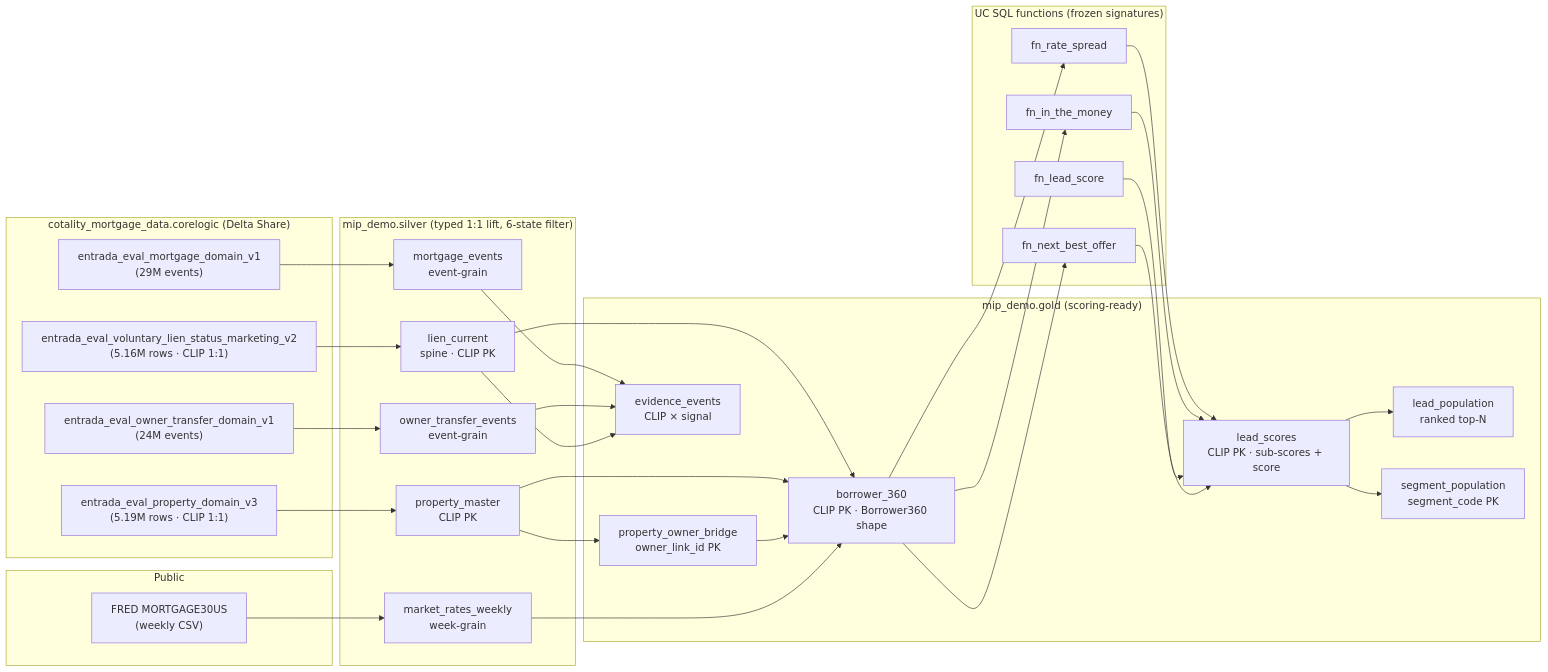
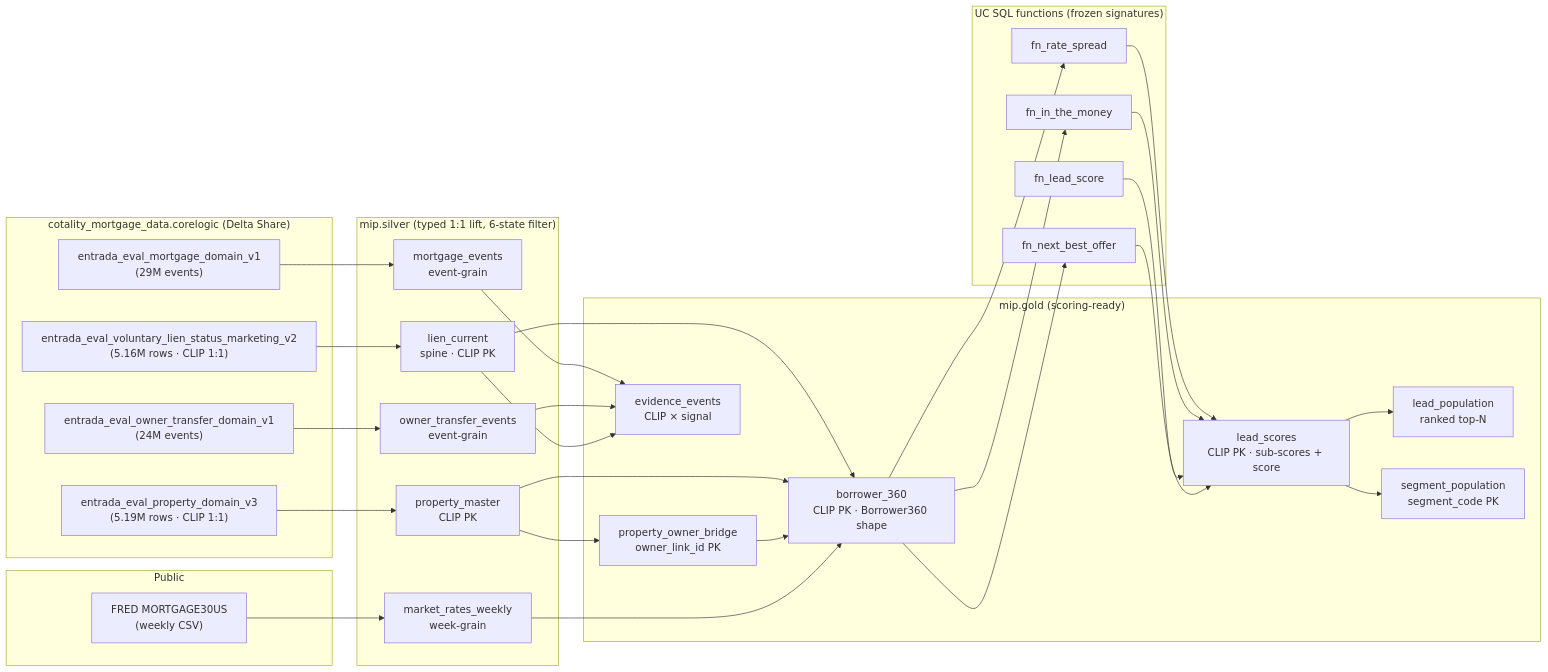
The diagram in docs/data-contract-module0.md (skyler-myers-db/mortgage-intelligence-platform), drawn with Mermaid before and after one commit. The commit also changed other lines of this file and 94 other files, not shown here.

````diff
--- a/docs/data-contract-module0.md
+++ b/docs/data-contract-module0.md
@@ -16,62 +16,62 @@
 ```mermaid
 flowchart LR
   subgraph Share["cotality_mortgage_data.corelogic (Delta Share)"]
     VL["entrada_eval_voluntary_lien_status_marketing_v2<br/>(5.16M rows · CLIP 1:1)"]
     PV["entrada_eval_property_domain_v3<br/>(5.19M rows · CLIP 1:1)"]
     MD["entrada_eval_mortgage_domain_v1<br/>(29M events)"]
     OT["entrada_eval_owner_transfer_domain_v1<br/>(24M events)"]
   end
 
   subgraph Public["Public"]
     FRED["FRED MORTGAGE30US<br/>(weekly CSV)"]
   end
 
-  subgraph Silver["mip_demo.silver (typed 1:1 lift, 6-state filter)"]
+  subgraph Silver["mip.silver (typed 1:1 lift, 6-state filter)"]
     S_LC["lien_current<br/>spine · CLIP PK"]
     S_PM["property_master<br/>CLIP PK"]
     S_ME["mortgage_events<br/>event-grain"]
     S_OT["owner_transfer_events<br/>event-grain"]
     S_MR["market_rates_weekly<br/>week-grain"]
   end
 
-  subgraph Gold["mip_demo.gold (scoring-ready)"]
+  subgraph Gold["mip.gold (scoring-ready)"]
     G_POB["property_owner_bridge<br/>owner_link_id PK"]
     G_B360["borrower_360<br/>CLIP PK · Borrower360 shape"]
     G_EE["evidence_events<br/>CLIP × signal"]
     G_LS["lead_scores<br/>CLIP PK · sub-scores + score"]
     G_LP["lead_population<br/>ranked top-N"]
     G_SP["segment_population<br/>segment_code PK"]
   end
 
   subgraph UDF["UC SQL functions (frozen signatures)"]
     F_RS["fn_rate_spread"]
     F_ITM["fn_in_the_money"]
     F_LS["fn_lead_score"]
     F_NBO["fn_next_best_offer"]
   end
 
   VL --> S_LC
   PV --> S_PM
   MD --> S_ME
   OT --> S_OT
   FRED --> S_MR
 
   S_PM --> G_POB
   S_LC --> G_B360
   S_PM --> G_B360
   G_POB --> G_B360
   S_MR --> G_B360
   S_ME --> G_EE
   S_OT --> G_EE
   S_LC --> G_EE
 
   G_B360 --> F_RS
   G_B360 --> F_ITM
   G_B360 --> F_NBO
   F_RS --> G_LS
   F_ITM --> G_LS
   F_LS --> G_LS
   F_NBO --> G_LS
   G_LS --> G_LP
   G_LS --> G_SP
 ```
````
